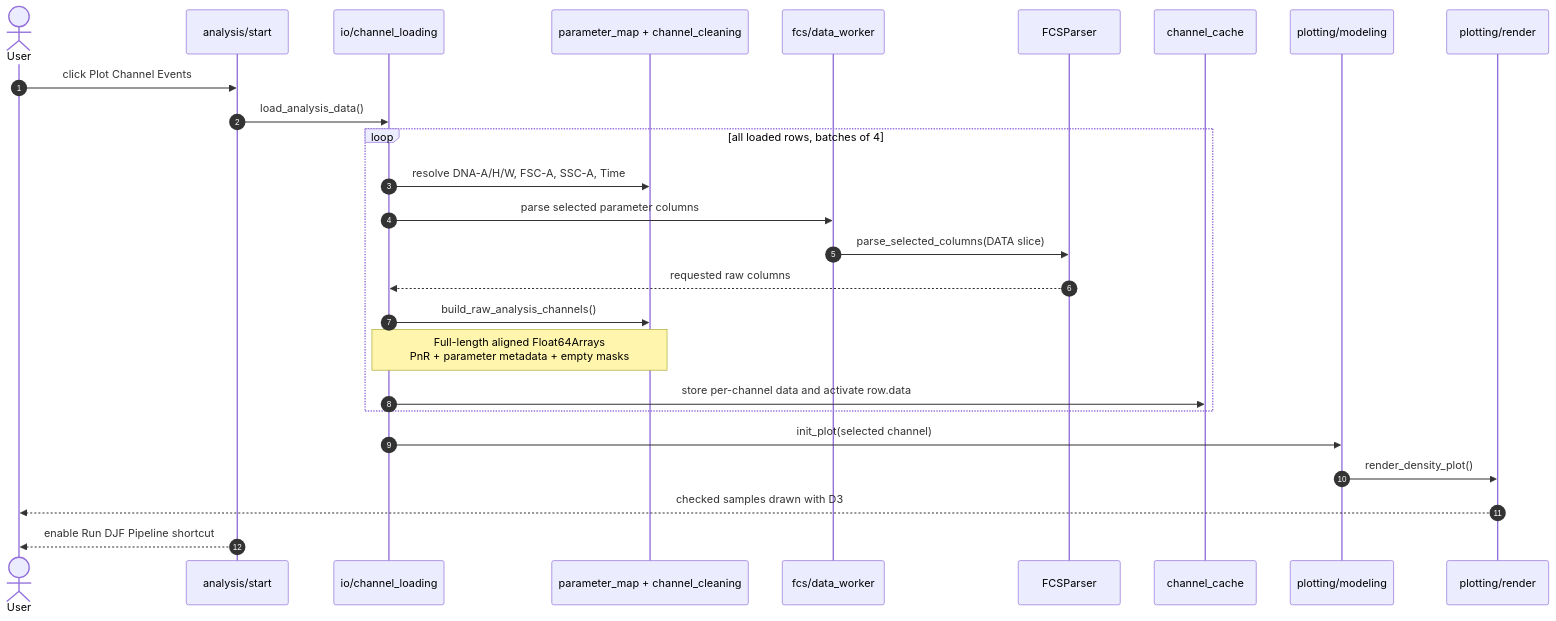
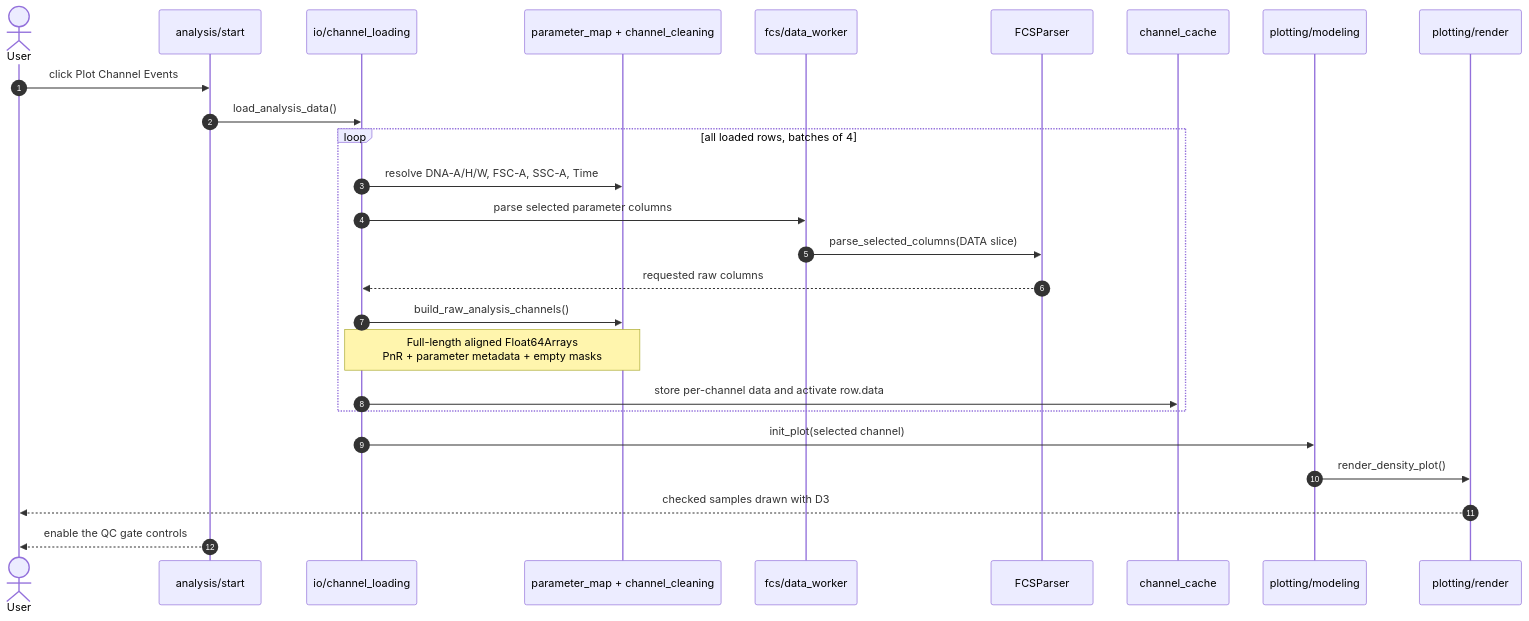
Before and after one commit to Latent-Lens/phase_finder: the fifth of 13 diagrams in docs/code-flow-diagrams.md, drawn with Mermaid. The commit also changed other lines of this file and 15 other files, not shown here.

First line of the commit message:
docs(architecture): rewrite the diagrams for the current pipeline

````diff
--- a/docs/code-flow-diagrams.md
+++ b/docs/code-flow-diagrams.md
@@ -215,29 +217,29 @@
 ```mermaid
 sequenceDiagram
   autonumber
   actor U as User
   participant START as analysis/start
   participant IO as io/channel_loading
   participant MAP as parameter_map + channel_cleaning
   participant WORKER as fcs/data_worker
   participant PARSER as FCSParser
   participant CACHE as channel_cache
   participant MODEL as plotting/modeling
   participant RENDER as plotting/render
 
   U->>START: click Plot Channel Events
   START->>IO: load_analysis_data()
   loop all loaded rows, batches of 4
     IO->>MAP: resolve DNA-A/H/W, FSC-A, SSC-A, Time
     IO->>WORKER: parse selected parameter columns
     WORKER->>PARSER: parse_selected_columns(DATA slice)
     PARSER-->>IO: requested raw columns
     IO->>MAP: build_raw_analysis_channels()
     Note over IO,MAP: Full-length aligned Float64Arrays<br/>PnR + parameter metadata + empty masks
     IO->>CACHE: store per-channel data and activate row.data
   end
   IO->>MODEL: init_plot(selected channel)
   MODEL->>RENDER: render_density_plot()
   RENDER-->>U: checked samples drawn with D3
-  START-->>U: enable Run DJF Pipeline shortcut
+  START-->>U: enable the QC gate controls
 ```
````
